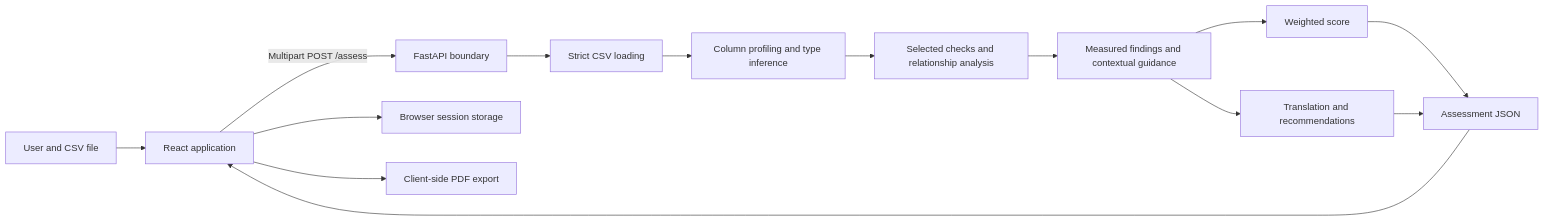
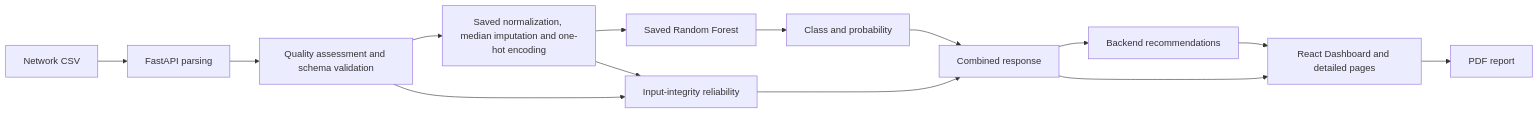
The diagram in README.md (NokubongaVee/DataQualiQ), drawn with Mermaid before and after one commit. The commit also changed other lines of this file and 251 other files, not shown here.

````diff
--- a/README.md
+++ b/README.md
@@ -108,16 +41,16 @@
 ```mermaid
 flowchart LR
-    U[User and CSV file] --> UI[React application]
-    UI -->|Multipart POST /assess| API[FastAPI boundary]
-    API --> LOAD[Strict CSV loading]
-    LOAD --> PROFILE[Column profiling and type inference]
-    PROFILE --> CHECKS[Selected checks and relationship analysis]
-    CHECKS --> EVIDENCE[Measured findings and contextual guidance]
-    EVIDENCE --> SCORE[Weighted score]
-    EVIDENCE --> ADVICE[Translation and recommendations]
-    SCORE --> JSON[Assessment JSON]
-    ADVICE --> JSON
-    JSON --> UI
-    UI --> SESSION[Browser session storage]
-    UI --> PDF[Client-side PDF export]
+    CSV[Network CSV] --> API[FastAPI parsing]
+    API --> DQ[Quality assessment and schema validation]
+    DQ --> PREP[Saved normalization, median imputation and one-hot encoding]
+    PREP --> RF[Saved Random Forest]
+    RF --> PRED[Class and probability]
+    DQ --> REL[Input-integrity reliability]
+    PREP --> REL
+    PRED --> OUT[Combined response]
+    REL --> OUT
+    OUT --> REC[Backend recommendations]
+    OUT --> UI[React Dashboard and detailed pages]
+    REC --> UI
+    UI --> PDF[PDF report]
 ```
````
